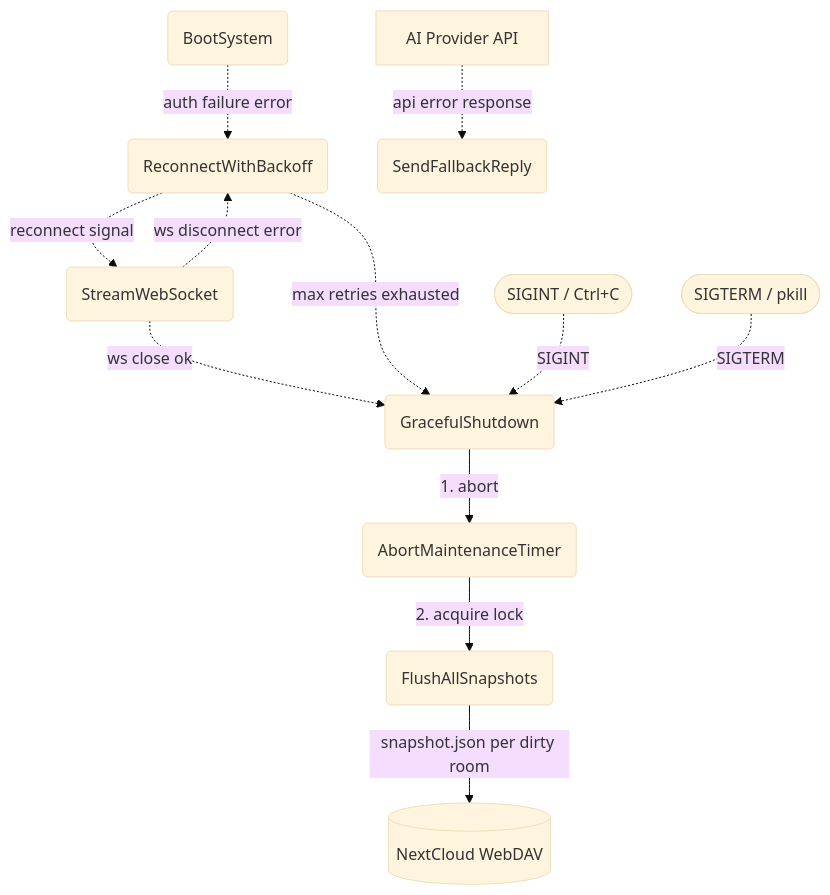
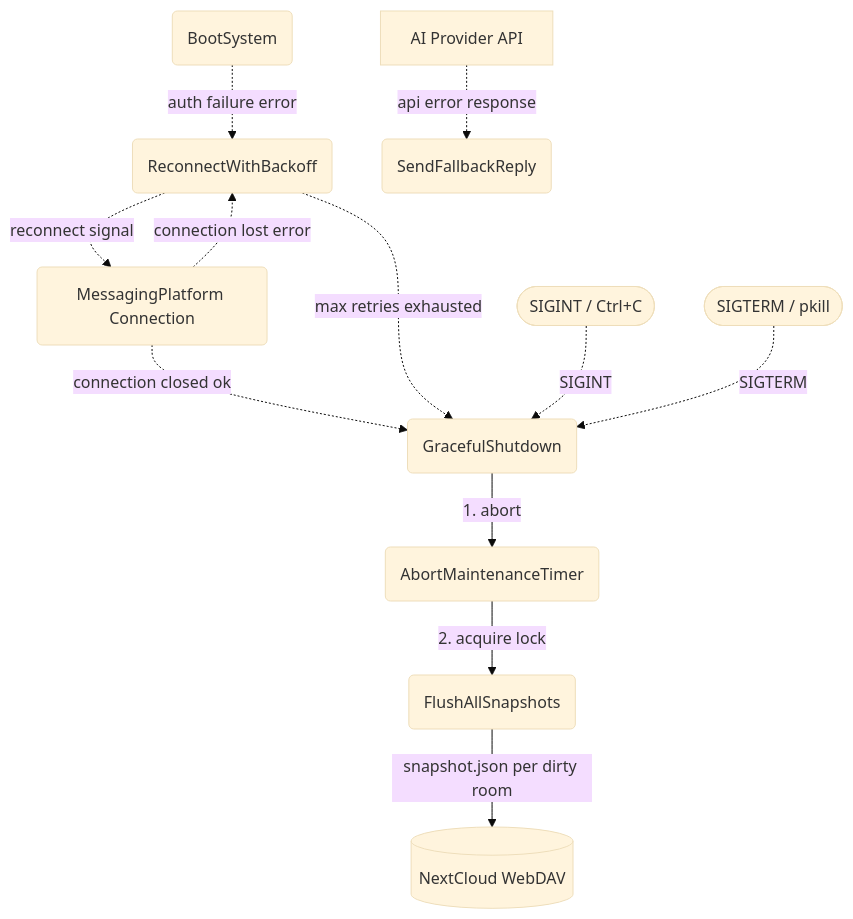
The second of 4 diagrams in _dfd/agent/agent-loop.md (cosmoswafer/rockbot), drawn with Mermaid (base theme) before and after one commit. The commit also changed other lines of this file and 6 other files, not shown here.

````diff
--- a/_dfd/agent/agent-loop.md
+++ b/_dfd/agent/agent-loop.md
@@ -79,26 +86,26 @@
 ```mermaid
 flowchart TD
     START(BootSystem)
-    WS(StreamWebSocket)
+    CONN(MessagingPlatform Connection)
     AI[AI Provider API]
     DAV[(NextCloud WebDAV)]
     RECONNECT(ReconnectWithBackoff)
     FALLBACK(SendFallbackReply)
     SIGINT([SIGINT / Ctrl+C])
     SIGTERM([SIGTERM / pkill])
     SHUTDOWN(GracefulShutdown)
     ABORT_TIMER(AbortMaintenanceTimer)
     FLUSH(FlushAllSnapshots)
 
     START -.->|"auth failure error"| RECONNECT
-    WS -.->|"ws disconnect error"| RECONNECT
-    WS -.->|"ws close ok"| SHUTDOWN
-    RECONNECT -.->|"reconnect signal"| WS
+    CONN -.->|"connection lost error"| RECONNECT
+    CONN -.->|"connection closed ok"| SHUTDOWN
+    RECONNECT -.->|"reconnect signal"| CONN
     RECONNECT -.->|"max retries exhausted"| SHUTDOWN
     AI -.->|"api error response"| FALLBACK
     SIGINT -.->|"SIGINT"| SHUTDOWN
     SIGTERM -.->|"SIGTERM"| SHUTDOWN
     SHUTDOWN -->|"1. abort"| ABORT_TIMER
     ABORT_TIMER -->|"2. acquire lock"| FLUSH
     FLUSH -->|"snapshot.json per dirty room"| DAV
 ```
````
